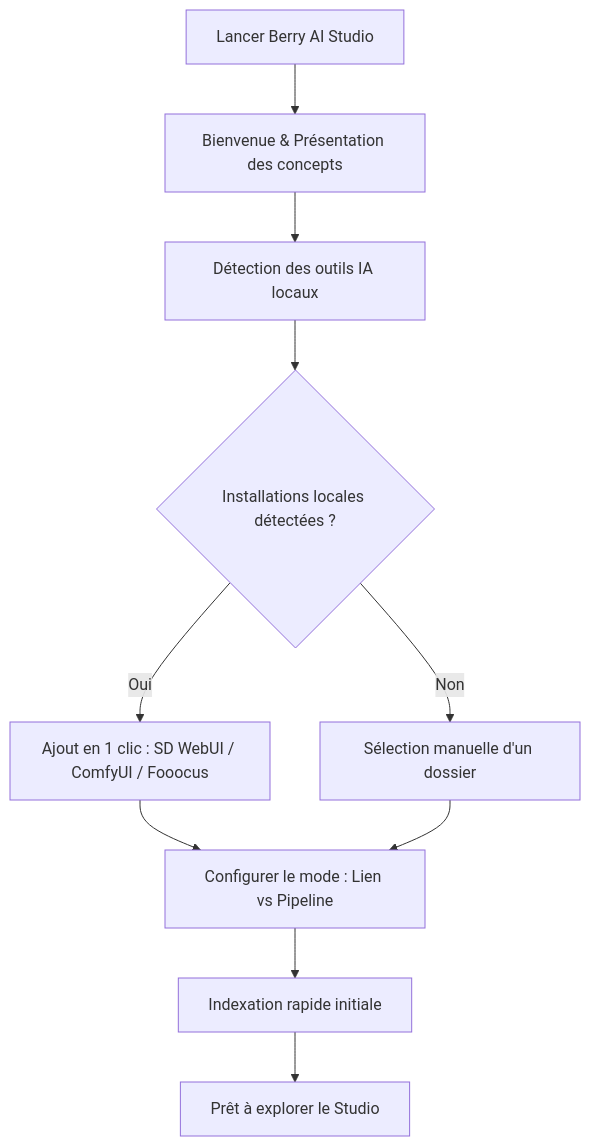
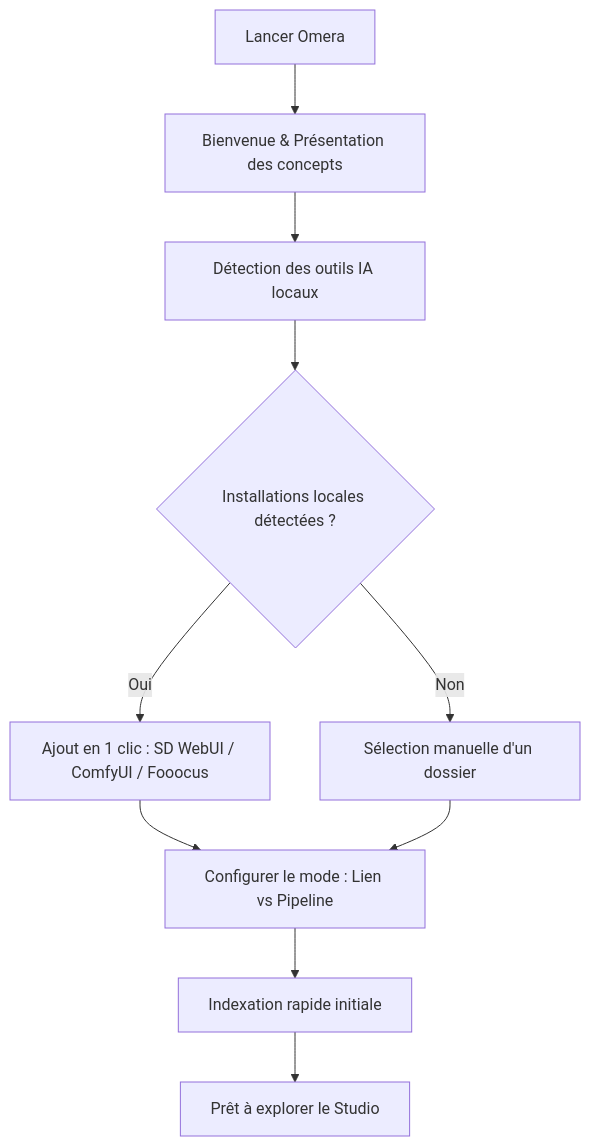
One commit to BerryUIKI/Berry-AI-Studio changed the diagram in docs/wiki/fr/01-getting-started/installation.md. Above: the diagram before and after it, drawn with Mermaid. The commit also changed other lines of this file and 224 other files, not shown here.

````diff
--- a/docs/wiki/fr/01-getting-started/installation.md
+++ b/docs/wiki/fr/01-getting-started/installation.md
@@ -66,12 +66,12 @@
 ```mermaid
 flowchart TD
-    A[Lancer Berry AI Studio] --> B[Bienvenue & Présentation des concepts]
+    A[Lancer Omera] --> B[Bienvenue & Présentation des concepts]
     B --> C[Détection des outils IA locaux]
     C --> D{Installations locales détectées ?}
     D -- Oui --> E[Ajout en 1 clic : SD WebUI / ComfyUI / Fooocus]
     D -- Non --> F[Sélection manuelle d'un dossier]
     E --> G[Configurer le mode : Lien vs Pipeline]
     F --> G
     G --> H[Indexation rapide initiale]
     H --> I[Prêt à explorer le Studio]
 ```
````
